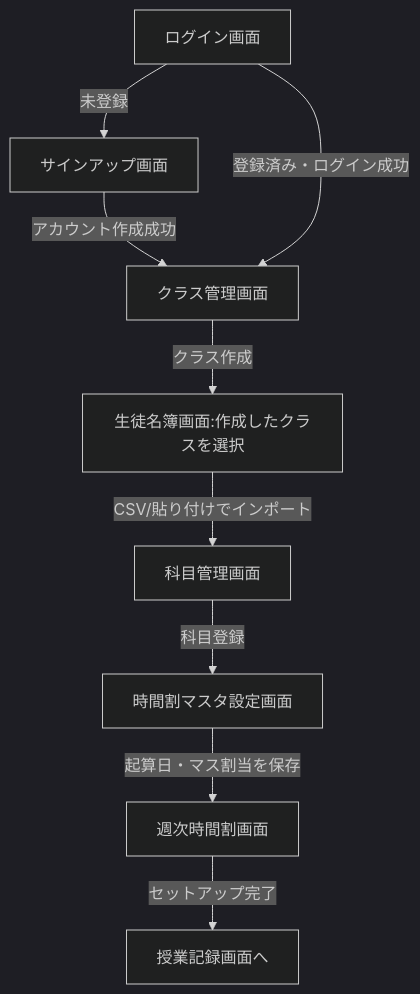
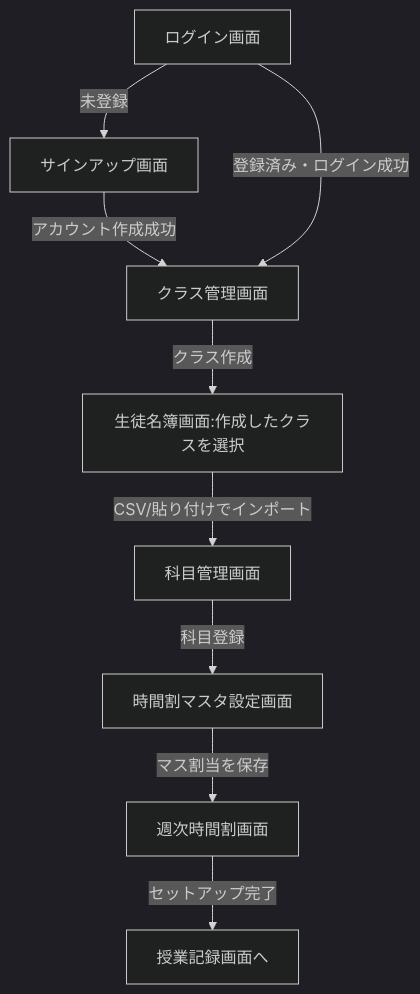
Before and after one commit to numa02/my-projct260812: the first of 5 diagrams in docs/design/user-flow.md, drawn with Mermaid (dark theme). The commit also changed 30 other files, not shown here.

````diff
--- a/docs/design/user-flow.md
+++ b/docs/design/user-flow.md
@@ -9,11 +9,11 @@
 ```mermaid
 flowchart TD
     A[ログイン画面] -->|未登録| B[サインアップ画面]
     B -->|アカウント作成成功| C[クラス管理画面]
     A -->|登録済み・ログイン成功| C
     C -->|クラス作成| D[生徒名簿画面:作成したクラスを選択]
     D -->|CSV/貼り付けでインポート| E[科目管理画面]
     E -->|科目登録| F[時間割マスタ設定画面]
-    F -->|起算日・マス割当を保存| G[週次時間割画面]
+    F -->|マス割当を保存| G[週次時間割画面]
     G -->|セットアップ完了| H[授業記録画面へ]
 ```
````
